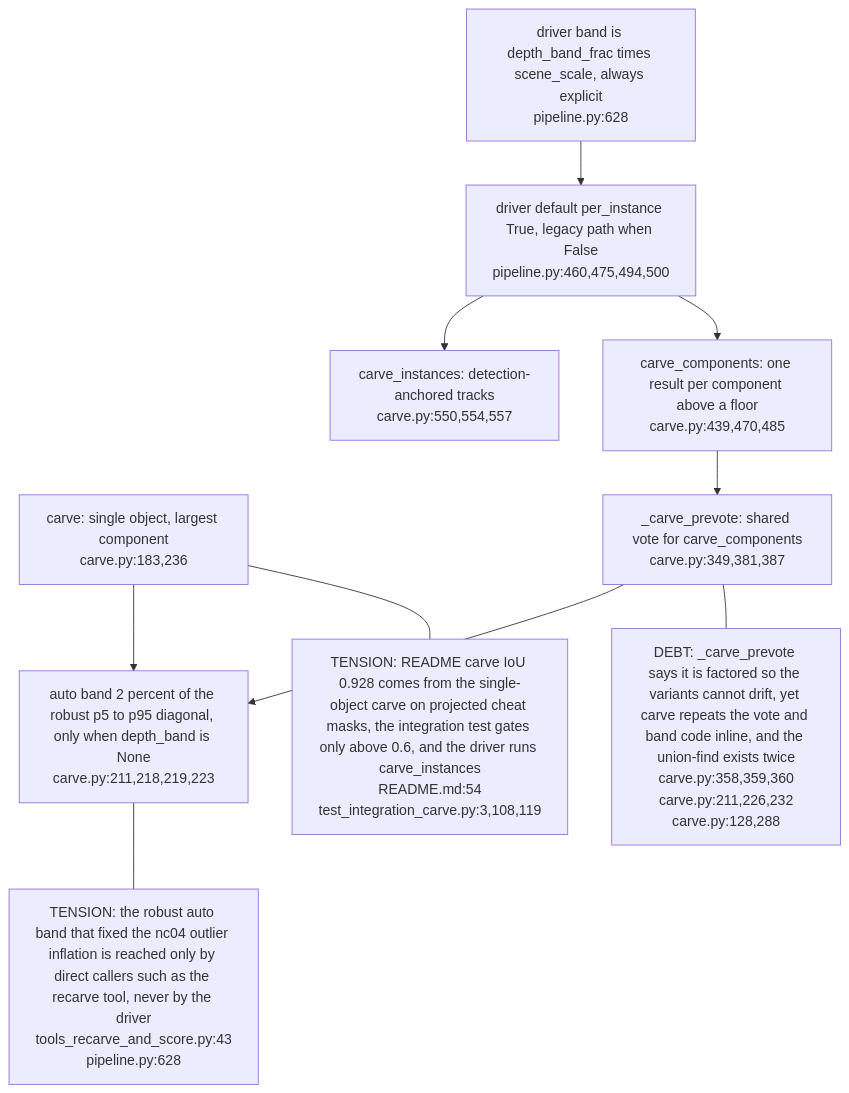
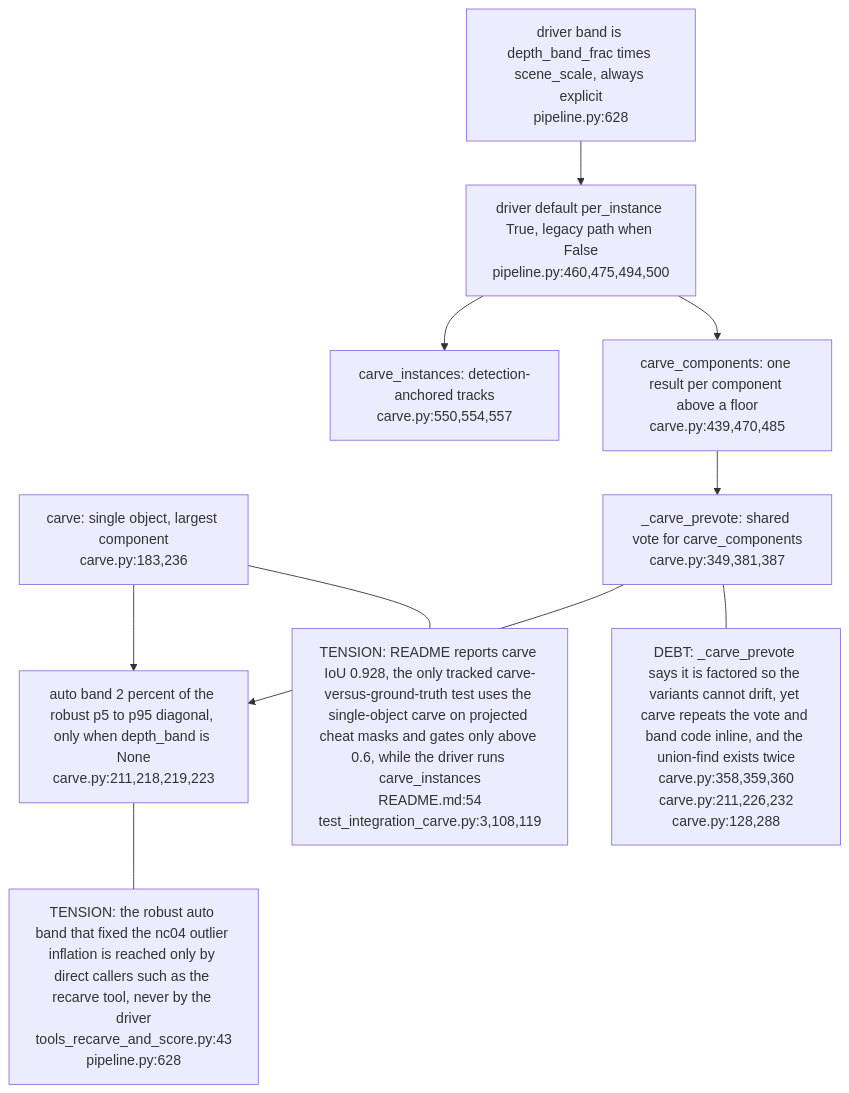
Before and after one commit to DreamLab-AI/VisionFlow: the second of 3 diagrams in docs/diagrams/vitrine-object-sidecar/04-visibility-aware-carve.md, drawn with Mermaid. The commit also changed 5 other files, not shown here.

First line of the commit message:
diagrams(vitrine-object-sidecar): tighten claims and add contract drift

````diff
--- a/docs/diagrams/vitrine-object-sidecar/04-visibility-aware-carve.md
+++ b/docs/diagrams/vitrine-object-sidecar/04-visibility-aware-carve.md
@@ -47,22 +47,22 @@
 ```mermaid
 flowchart TB
     C1["carve: single object, largest component<br/>carve.py:183,236"]
     C2["carve_components: one result per component above a floor<br/>carve.py:439,470,485"]
     C3["carve_instances: detection-anchored tracks<br/>carve.py:550,554,557"]
     PV["_carve_prevote: shared vote for carve_components<br/>carve.py:349,381,387"]
     AUTO["auto band 2 percent of the robust p5 to p95 diagonal, only when depth_band is None<br/>carve.py:211,218,219,223"]
     DRV["driver default per_instance True, legacy path when False<br/>pipeline.py:460,475,494,500"]
     BAND["driver band is depth_band_frac times scene_scale, always explicit<br/>pipeline.py:628"]
     C2 --> PV
     C1 --> AUTO
     PV --> AUTO
     DRV --> C3
     DRV --> C2
     BAND --> DRV
     DEBT1["DEBT: _carve_prevote says it is factored so the variants cannot drift, yet carve repeats the vote and band code inline, and the union-find exists twice<br/>carve.py:358,359,360<br/>carve.py:211,226,232<br/>carve.py:128,288"]
     PV --- DEBT1
     TENS["TENSION: the robust auto band that fixed the nc04 outlier inflation is reached only by direct callers such as the recarve tool, never by the driver<br/>tools_recarve_and_score.py:43<br/>pipeline.py:628"]
     AUTO --- TENS
-    TENS2["TENSION: README carve IoU 0.928 comes from the single-object carve on projected cheat masks, the integration test gates only above 0.6, and the driver runs carve_instances<br/>README.md:54<br/>test_integration_carve.py:3,108,119"]
+    TENS2["TENSION: README reports carve IoU 0.928, the only tracked carve-versus-ground-truth test uses the single-object carve on projected cheat masks and gates only above 0.6, while the driver runs carve_instances<br/>README.md:54<br/>test_integration_carve.py:3,108,119"]
     C1 --- TENS2
 ```
````
